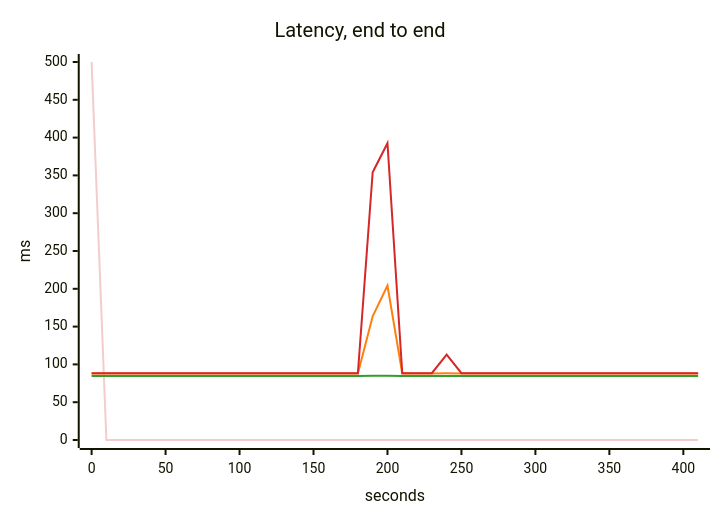
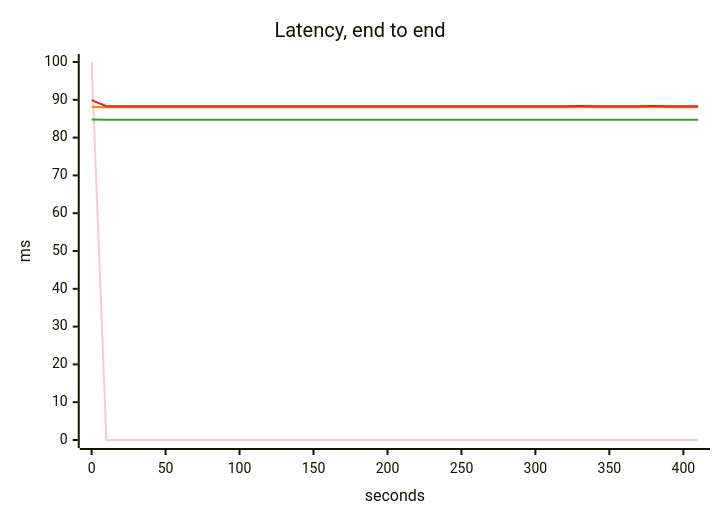
The third of 5 diagrams in scenarios/connection-pool-trap/solutions/pgbouncer/report.md (akinfemi/load-lore), drawn with Mermaid before and after one commit. The commit also changed other lines of this file and 125 other files, not shown here.

````diff
--- a/scenarios/connection-pool-trap/solutions/pgbouncer/report.md
+++ b/scenarios/connection-pool-trap/solutions/pgbouncer/report.md
@@ -61,17 +59,17 @@
 ```mermaid
 ---
 config:
   themeVariables:
     xyChart:
       backgroundColor: "transparent"
       plotColorPalette: "#f4cccc, #2ca02c, #ff7f0e, #d62728"
 ---
 xychart-beta
     title "Latency, end to end"
     x-axis "seconds" 0 --> 410
-    y-axis "ms" 0 --> 500
-    line [500, 0, 0, 0, 0, 0, 0, 0, 0, 0, 0, 0, 0, 0, 0, 0, 0, 0, 0, 0, 0, 0, 0, 0, 0, 0, 0, 0, 0, 0, 0, 0, 0, 0, 0, 0, 0, 0, 0, 0, 0, 0]
-    line [84.733, 84.72, 84.72, 84.72, 84.72, 84.72, 84.72, 84.72, 84.72, 84.72, 84.723, 84.72, 84.724, 84.72, 84.72, 84.72, 84.72, 84.72, 84.72, 85.113, 85.074, 84.721, 84.72, 84.72, 84.807, 84.731, 84.72, 84.72, 84.723, 84.72, 84.721, 84.721, 84.72, 84.72, 84.72, 84.72, 84.72, 84.721, 84.72, 84.721, 84.72, 84.72]
-    line [88.045, 88.022, 88.022, 88.022, 88.022, 88.022, 88.022, 88.022, 88.022, 88.022, 88.026, 88.022, 88.028, 88.022, 88.022, 88.022, 88.022, 88.022, 88.022, 163.587, 204.18, 88.022, 88.022, 88.022, 88.187, 88.042, 88.022, 88.022, 88.027, 88.022, 88.022, 88.022, 88.022, 88.022, 88.022, 88.022, 88.022, 88.022, 88.022, 88.022, 88.022, 88.022]
-    line [88.34, 88.315, 88.315, 88.315, 88.315, 88.315, 88.315, 88.315, 88.315, 88.315, 88.319, 88.315, 88.322, 88.315, 88.315, 88.315, 88.315, 88.315, 88.315, 354.204, 392.577, 88.316, 88.315, 88.315, 112.91, 88.337, 88.315, 88.315, 88.321, 88.315, 88.315, 88.316, 88.315, 88.315, 88.315, 88.315, 88.315, 88.315, 88.315, 88.315, 88.315, 88.315]
+    y-axis "ms" 0 --> 100
+    line [100, 0, 0, 0, 0, 0, 0, 0, 0, 0, 0, 0, 0, 0, 0, 0, 0, 0, 0, 0, 0, 0, 0, 0, 0, 0, 0, 0, 0, 0, 0, 0, 0, 0, 0, 0, 0, 0, 0, 0, 0, 0]
+    line [84.766, 84.725, 84.722, 84.722, 84.723, 84.723, 84.721, 84.72, 84.722, 84.72, 84.722, 84.72, 84.724, 84.722, 84.721, 84.722, 84.721, 84.722, 84.721, 84.723, 84.721, 84.722, 84.721, 84.721, 84.723, 84.722, 84.724, 84.723, 84.721, 84.723, 84.723, 84.722, 84.721, 84.728, 84.721, 84.721, 84.722, 84.722, 84.727, 84.722, 84.722, 84.722]
+    line [88.107, 88.03, 88.025, 88.024, 88.026, 88.026, 88.023, 88.022, 88.025, 88.022, 88.025, 88.022, 88.028, 88.025, 88.023, 88.024, 88.022, 88.025, 88.022, 88.026, 88.023, 88.025, 88.023, 88.023, 88.026, 88.024, 88.028, 88.026, 88.023, 88.027, 88.026, 88.025, 88.023, 88.036, 88.023, 88.024, 88.025, 88.025, 88.033, 88.025, 88.024, 88.025]
+    line [89.928, 88.324, 88.319, 88.318, 88.32, 88.319, 88.317, 88.315, 88.318, 88.315, 88.319, 88.315, 88.322, 88.318, 88.317, 88.318, 88.316, 88.318, 88.316, 88.32, 88.316, 88.319, 88.316, 88.317, 88.319, 88.317, 88.321, 88.32, 88.317, 88.321, 88.32, 88.318, 88.316, 88.33, 88.316, 88.317, 88.319, 88.319, 88.327, 88.319, 88.318, 88.319]
 ```
````
